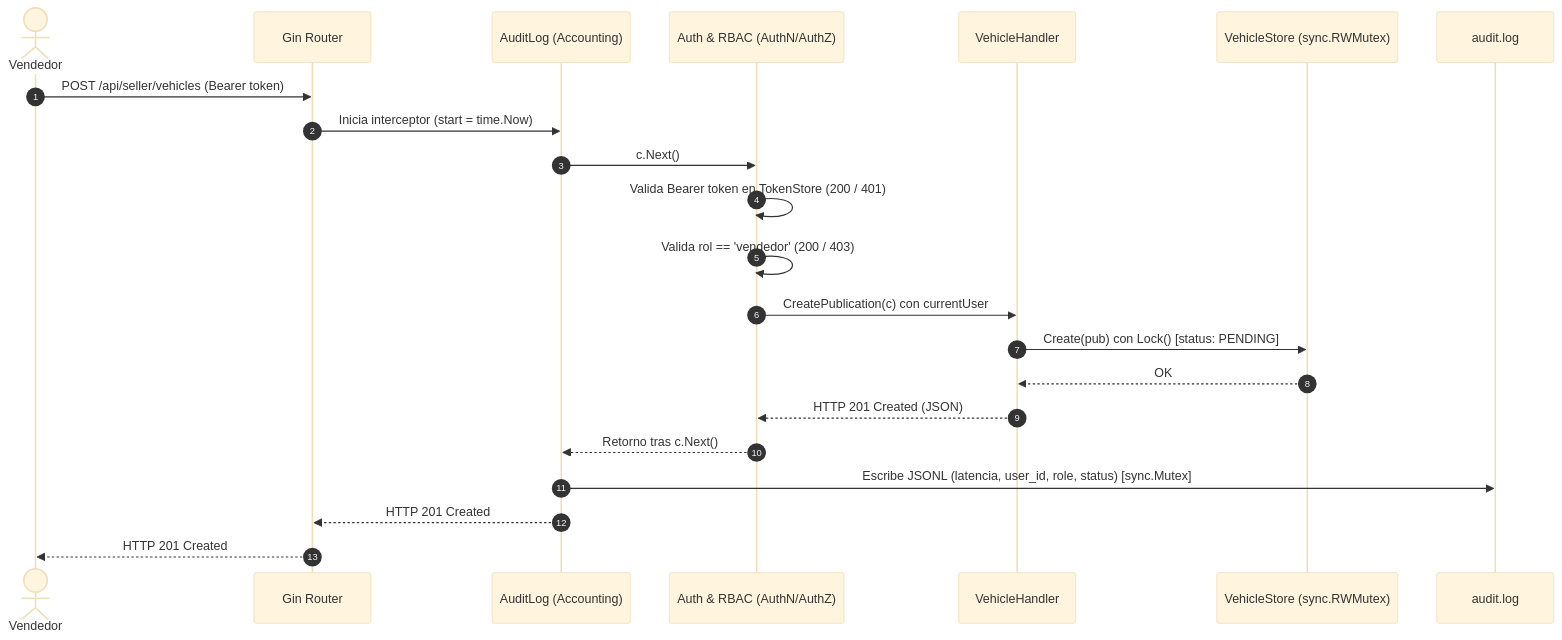
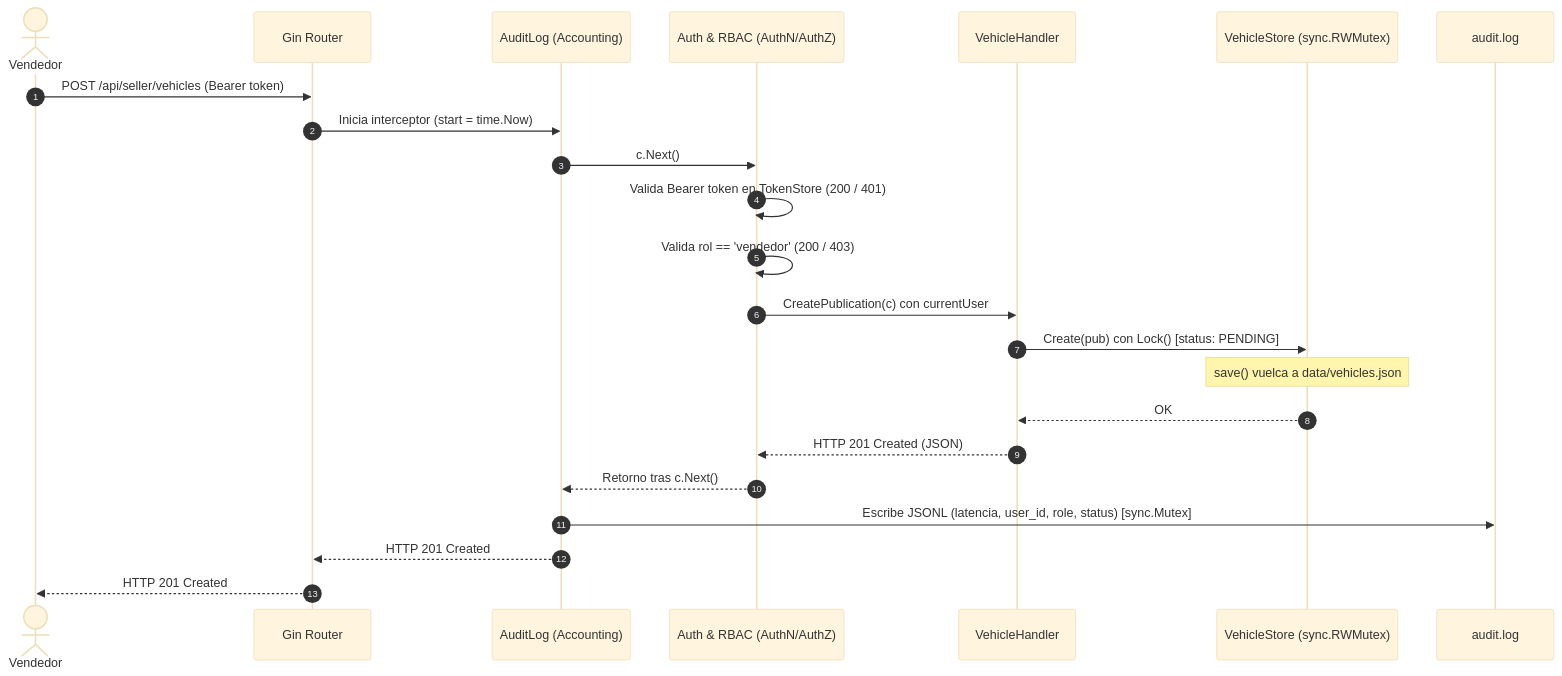
The second of 2 diagrams in docs/DIAGRAMAS_ARQUITECTURA.md (Nomka0/AutoMarket), drawn with Mermaid (base theme) before and after one commit. The commit also changed other lines of this file and 1 other file, not shown here.

Commit message:
docs: reflejar persistencia JSON en Diagrama A y Diagrama B

````diff
--- a/docs/DIAGRAMAS_ARQUITECTURA.md
+++ b/docs/DIAGRAMAS_ARQUITECTURA.md
@@ -40,25 +41,26 @@
 ```mermaid
 sequenceDiagram
     autonumber
     actor V as Vendedor
     participant G as Gin Router
     participant A as AuditLog (Accounting)
     participant M as Auth & RBAC (AuthN/AuthZ)
     participant H as VehicleHandler
     participant S as VehicleStore (sync.RWMutex)
     participant L as audit.log
 
     V->>G: POST /api/seller/vehicles (Bearer token)
     G->>A: Inicia interceptor (start = time.Now)
     A->>M: c.Next()
     M->>M: Valida Bearer token en TokenStore (200 / 401)
     M->>M: Valida rol == 'vendedor' (200 / 403)
     M->>H: CreatePublication(c) con currentUser
     H->>S: Create(pub) con Lock() [status: PENDING]
+    Note over S: save() vuelca a data/vehicles.json
     S-->>H: OK
     H-->>M: HTTP 201 Created (JSON)
     M-->>A: Retorno tras c.Next()
     A->>L: Escribe JSONL (latencia, user_id, role, status) [sync.Mutex]
     A-->>G: HTTP 201 Created
     G-->>V: HTTP 201 Created
 ```
````
